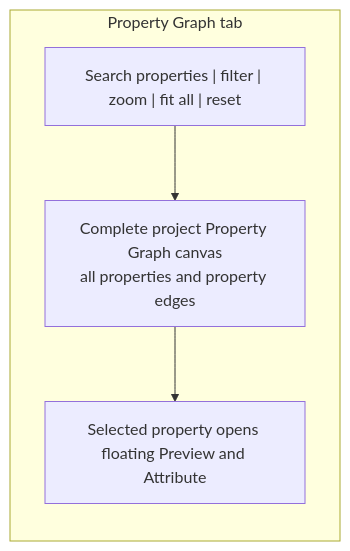
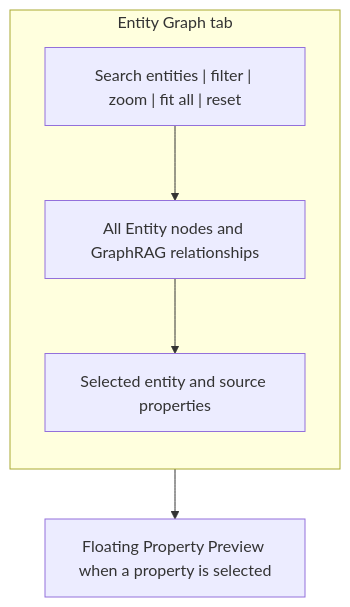
Before and after one commit to ATreep/DocSeek: diagram 11 of 19 in docs/superpowers/specs/2026-08-15-docseek-detailed-prd.md, drawn with Mermaid. The commit also changed other lines of this file and 1 other file, not shown here.

Commit message:
docs: revise DocSeek for Neo4j GraphRAG architecture

````diff
--- a/docs/superpowers/specs/2026-08-15-docseek-detailed-prd.md
+++ b/docs/superpowers/specs/2026-08-15-docseek-detailed-prd.md
@@ -230,10 +367,11 @@
 ```mermaid
 flowchart TB
-  subgraph PROPERTY_GRAPH_PAGE["Property Graph tab"]
+  subgraph ENTITY_GRAPH_VIEW["Entity Graph tab"]
     direction TB
-    PROPERTY_TOOLBAR["Search properties | filter | zoom | fit all | reset"]
-    PROPERTY_CANVAS["Complete project Property Graph canvas<br/>all properties and property edges"]
-    PROPERTY_SELECTION["Selected property opens floating Preview and Attribute"]
+    TOOLBAR["Search entities | filter | zoom | fit all | reset"]
+    CANVAS["All Entity nodes and GraphRAG relationships"]
+    SELECT["Selected entity and source properties"]
   end
-  PROPERTY_TOOLBAR --> PROPERTY_CANVAS --> PROPERTY_SELECTION
+  TOOLBAR --> CANVAS --> SELECT
+  SELECT --> PREVIEW["Floating Property Preview when a property is selected"]
 ```
````
